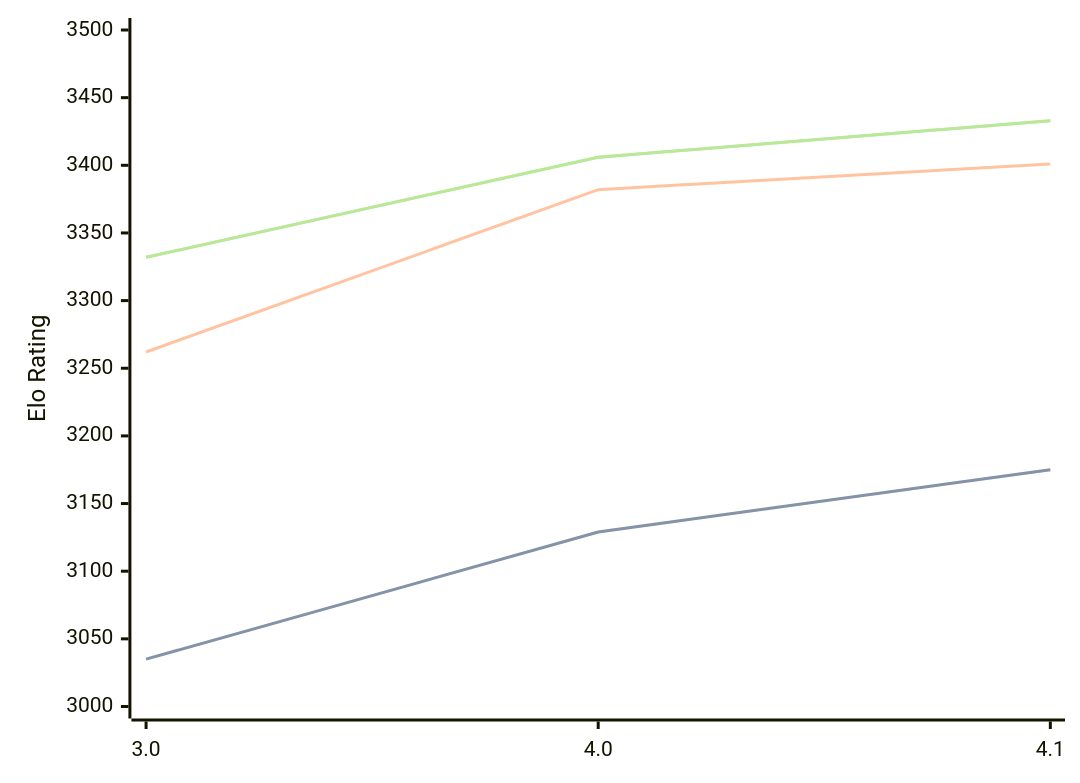
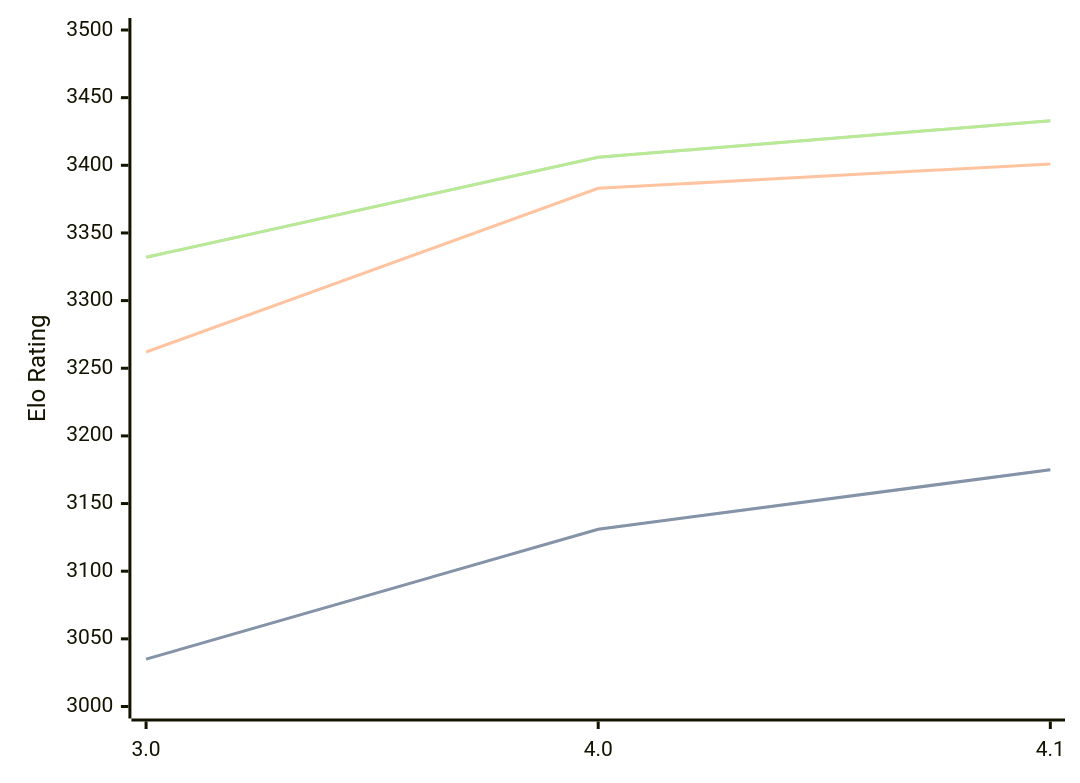
The diagram in engines/Eleanor.md (computer-chess-index/cci), drawn with Mermaid before and after one commit. The commit also changed other lines of this file, not shown here.

````diff
--- a/engines/Eleanor.md
+++ b/engines/Eleanor.md
@@ -33,11 +33,11 @@
 ```mermaid
 %%{init: {"theme":"base","themeVariables":{"seriesColors:['#a3a3a3','#222221','#faa371']}}}%%
 xychart-beta
   x-axis ["3.0", "4.0", "4.1"]
   y-axis "Elo Rating" 3000 --> 3500
-  line "" [3035, 3129, 3175]
-  line "STC (8.0+0.08s)" [3035, 3129, 3175]
-  line "LTC (60.0+0.60s)" [3262, 3382, 3401]
+  line "" [3035, 3131, 3175]
+  line "STC (8.0+0.08s)" [3035, 3131, 3175]
+  line "LTC (60.0+0.60s)" [3262, 3383, 3401]
   line "" [3332, 3406, 3433]
   line "VLTC (2m24s+1.12s)" [3332, 3406, 3433]
 ```
````
